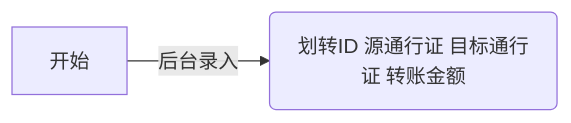
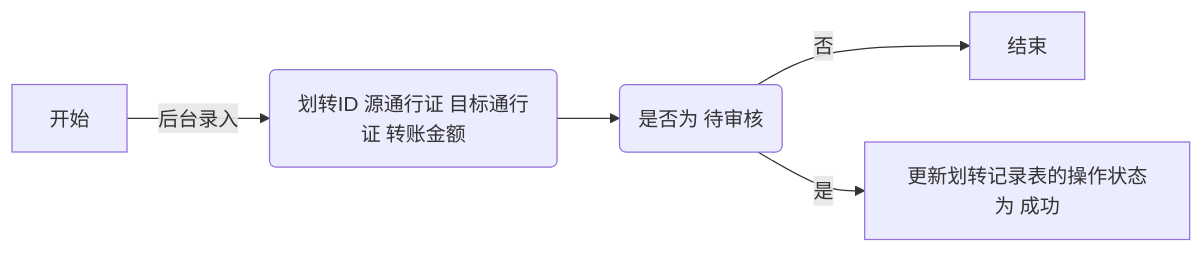
Before and after one commit to ma-luyang/shimobang: the diagram in README.md, drawn with Mermaid.

````diff
--- a/README.md
+++ b/README.md
@@ -3,4 +3,7 @@
 ```mermaid
 flowchart LR
-    A[开始] -->|后台录入| B(划转ID 源通行证 目标通行证 转账金额 )
+    A[开始] -->|后台录入| B(划转ID 源通行证 目标通行证 转账金额)
+    B --> C(是否为 待审核);
+    C -->|否|E[结束];
+    C -->|是|D[更新划转记录表的操作状态为 成功];
 ```
````
